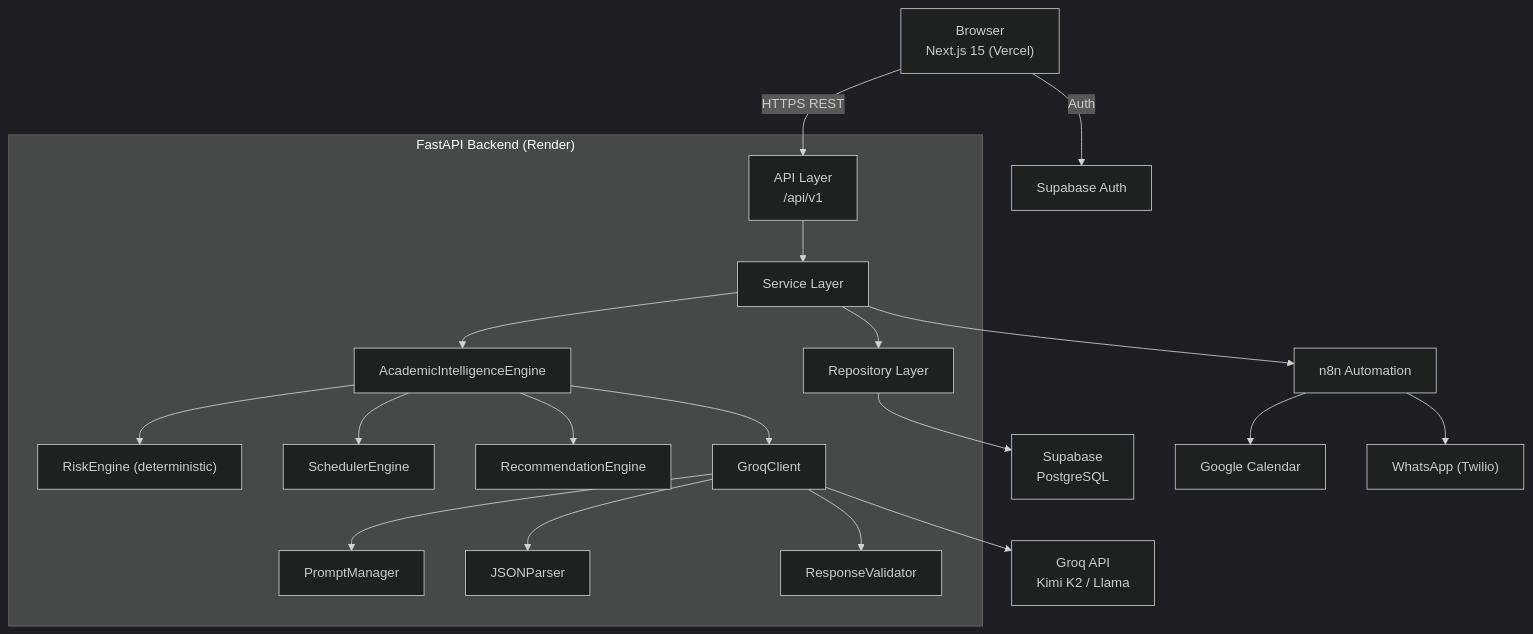
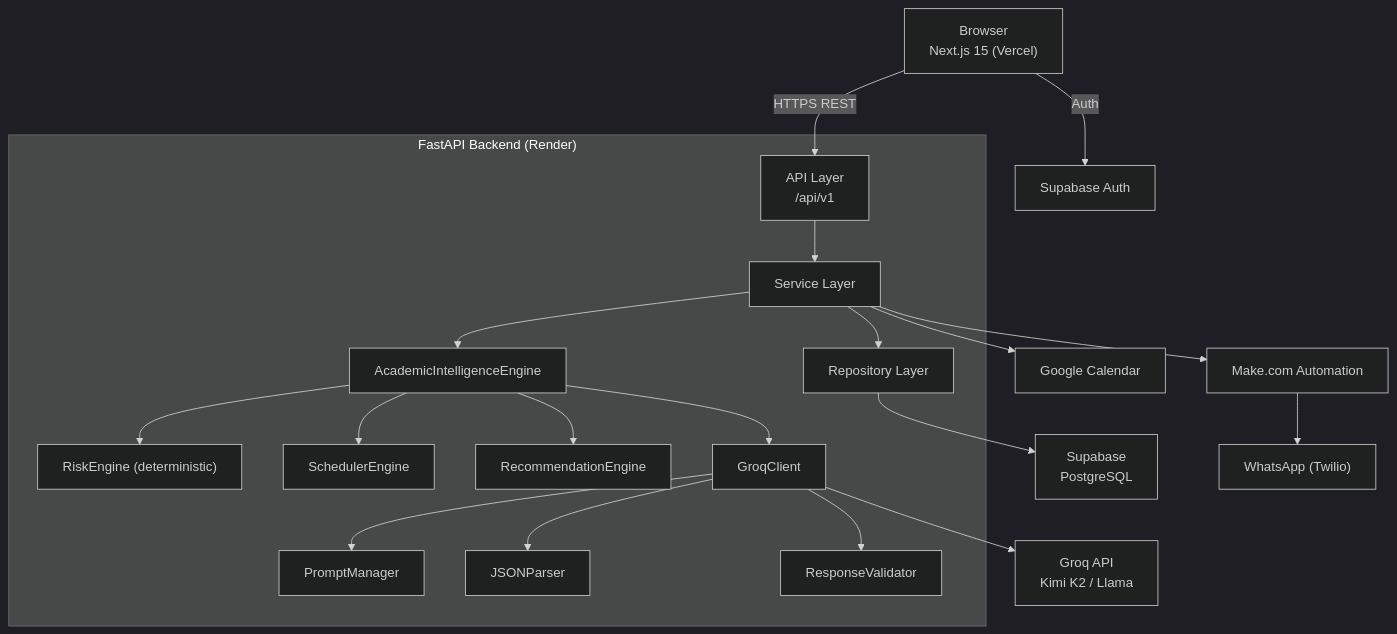
One commit to AdharshJolly/Academix changed the first of 9 diagrams in docs/ARCHITECTURE.md. Above: the diagram before and after it, drawn with Mermaid (dark theme). The commit also changed other lines of this file and 28 other files, not shown here.

````diff
--- a/docs/ARCHITECTURE.md
+++ b/docs/ARCHITECTURE.md
@@ -9,43 +9,43 @@
 ```mermaid
 graph TD
     Browser["Browser\nNext.js 15 (Vercel)"]
 
     subgraph Backend ["FastAPI Backend (Render)"]
         API["API Layer\n/api/v1"]
         SVC["Service Layer"]
         REPO["Repository Layer"]
         AIE["AcademicIntelligenceEngine"]
         RISK["RiskEngine (deterministic)"]
         SCHED["SchedulerEngine"]
         REC["RecommendationEngine"]
         GROQ["GroqClient"]
         PM["PromptManager"]
         JP["JSONParser"]
         RV["ResponseValidator"]
     end
 
     DB["Supabase\nPostgreSQL"]
     GROQ_API["Groq API\nKimi K2 / Llama"]
-    N8N["n8n Automation"]
+    MAKE["Make.com Automation"]
     GCAL["Google Calendar"]
     WA["WhatsApp (Twilio)"]
     SUPA["Supabase Auth"]
 
     Browser -- "HTTPS REST" --> API
     Browser -- "Auth" --> SUPA
     API --> SVC
     SVC --> AIE
     SVC --> REPO
     REPO --> DB
     AIE --> RISK
     AIE --> SCHED
     AIE --> REC
     AIE --> GROQ
     GROQ --> PM
     GROQ --> JP
     GROQ --> RV
     GROQ --> GROQ_API
-    SVC --> N8N
-    N8N --> GCAL
-    N8N --> WA
+    SVC --> GCAL
+    SVC --> MAKE
+    MAKE --> WA
 ```
````
